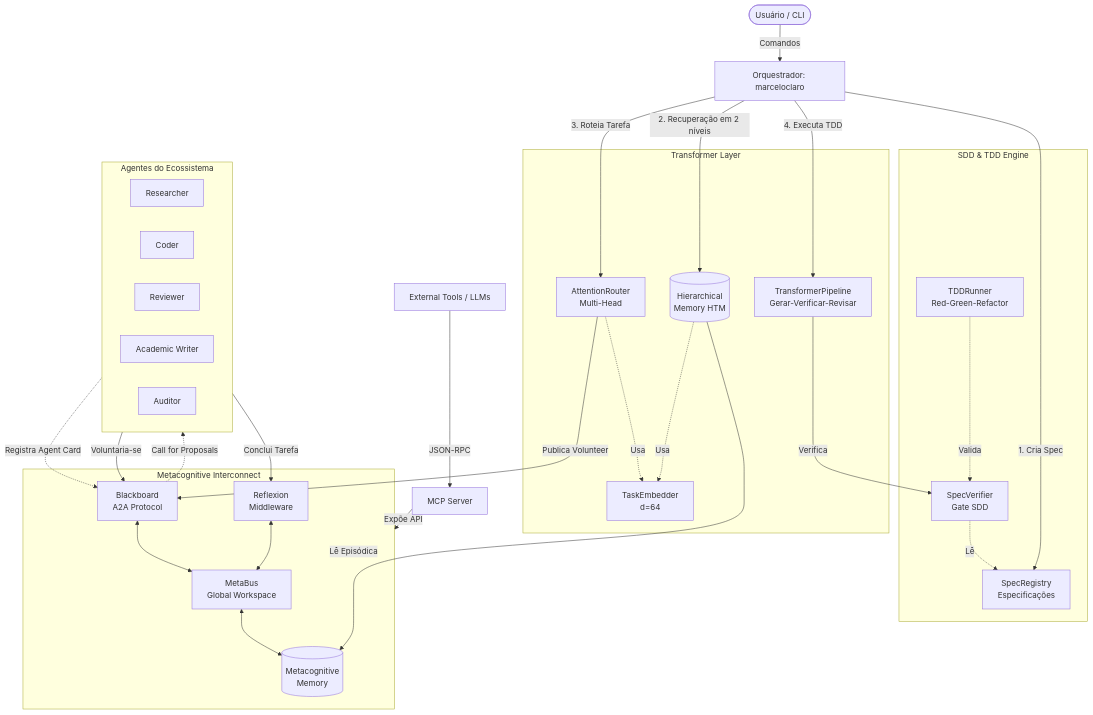
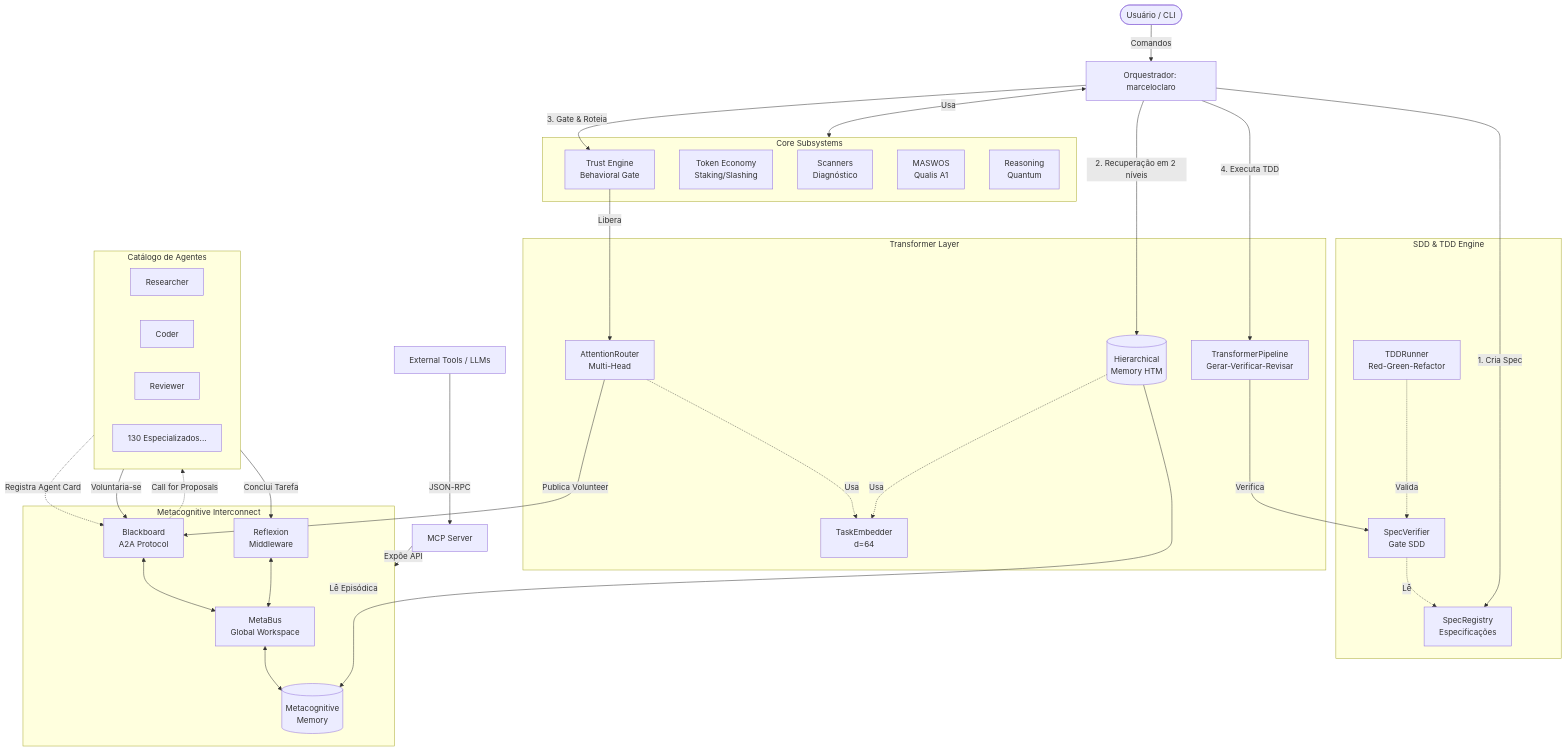
The diagram in ARCHITECTURE.md (MarceloClaro/opencode-ecosystem-core), drawn with Mermaid before and after one commit. The commit also changed 492 other files, not shown here.

Commit message:
feat: integrar subsistemas avancados (trust, economy, scanners, maswos, reasoning, quantum, evolution, integrations)

````diff
--- a/ARCHITECTURE.md
+++ b/ARCHITECTURE.md
@@ -7,66 +7,76 @@
 ```mermaid
 graph TD
     %% Atores e Orquestrador
     User([Usuário / CLI]) -->|Comandos| Orchestrator[Orquestrador: marceloclaro]
     
     %% Camada SDD/TDD
     subgraph SDD [SDD & TDD Engine]
         Spec[SpecRegistry<br>Especificações]
         Ver[SpecVerifier<br>Gate SDD]
         TDD[TDDRunner<br>Red-Green-Refactor]
         
         TDD -.->|Valida| Ver
         Ver -.->|Lê| Spec
     end
 
     %% Camada Transformer
     subgraph TF [Transformer Layer]
         Attn[AttentionRouter<br>Multi-Head]
         Pipe[TransformerPipeline<br>Gerar-Verificar-Revisar]
         HTM[(Hierarchical<br>Memory HTM)]
         Emb[TaskEmbedder<br>d=64]
         
         Attn -.->|Usa| Emb
         HTM -.->|Usa| Emb
     end
     
+    %% Camada Core (Novos Subsistemas)
+    subgraph Core [Core Subsystems]
+        Trust[Trust Engine<br>Behavioral Gate]
+        Eco[Token Economy<br>Staking/Slashing]
+        Scan[Scanners<br>Diagnóstico]
+        Acad[MASWOS<br>Qualis A1]
+        Reason[Reasoning<br>Quantum]
+    end
+
     %% Camada MCI
     subgraph MCI [Metacognitive Interconnect]
         MB[MetaBus<br>Global Workspace]
         BB[Blackboard<br>A2A Protocol]
         Mem[(Metacognitive<br>Memory)]
         Ref[Reflexion<br>Middleware]
         
         MB <--> Mem
         BB <--> MB
         Ref <--> MB
     end
     
     %% Orquestrador integra as camadas
     Orchestrator -->|1. Cria Spec| Spec
     Orchestrator -->|2. Recuperação em 2 níveis| HTM
     HTM -->|Lê Episódica| Mem
-    Orchestrator -->|3. Roteia Tarefa| Attn
+    Orchestrator -->|3. Gate & Roteia| Trust
+    Trust -->|Libera| Attn
     Attn -->|Publica Volunteer| BB
     Orchestrator -->|4. Executa TDD| Pipe
     Pipe -->|Verifica| Ver
+    Orchestrator <-->|Usa| Core
     
     %% Agentes
-    subgraph Agents [Agentes do Ecossistema]
+    subgraph Agents [Catálogo de Agentes]
         A1[Researcher]
         A2[Coder]
         A3[Reviewer]
-        A4[Academic Writer]
-        A5[Auditor]
+        A4[130 Especializados...]
     end
     
     %% Fluxo de Agentes
     Agents -.->|Registra Agent Card| BB
     BB -.->|Call for Proposals| Agents
     Agents -->|Voluntaria-se| BB
     Agents -->|Conclui Tarefa| Ref
     
     %% MCP
     MCP[MCP Server] -->|Expõe API| MCI
     External[External Tools / LLMs] -->|JSON-RPC| MCP
 ```
````
